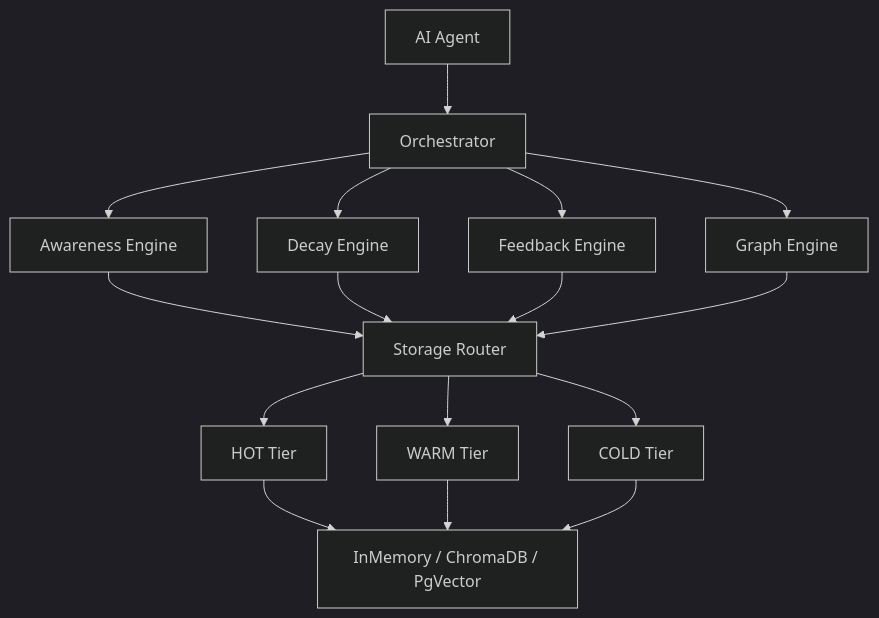
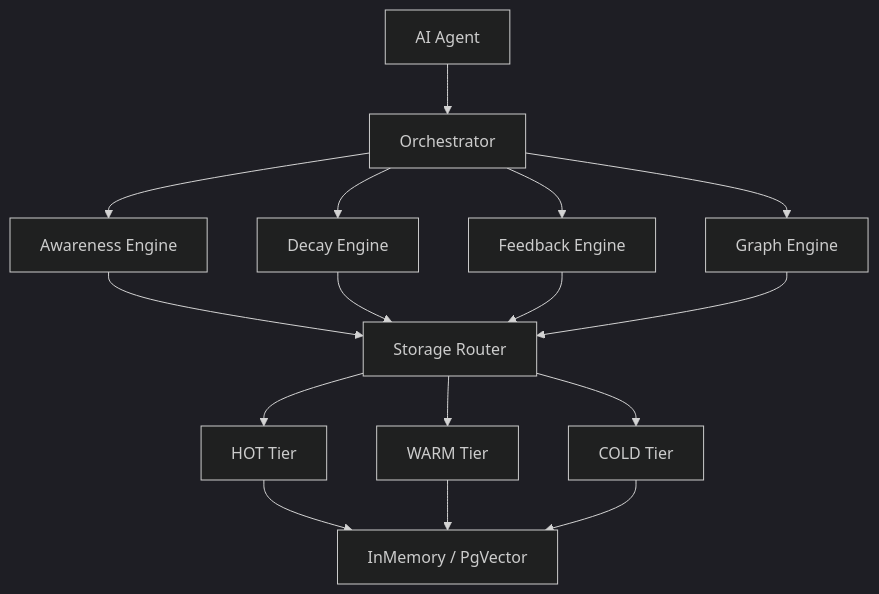
One commit to Oxygen56/memoria changed the diagram in README.md. Above: the diagram before and after it, drawn with Mermaid (dark theme). The commit also changed other lines of this file and 28 other files, not shown here.

````diff
--- a/README.md
+++ b/README.md
@@ -76,22 +77,22 @@
 ```mermaid
 graph TB
     Agent[AI Agent] --> Orchestrator[Orchestrator]
     
     Orchestrator --> Awareness[Awareness Engine]
     Orchestrator --> Decay[Decay Engine]
     Orchestrator --> Feedback[Feedback Engine]
     Orchestrator --> Graph[Graph Engine]
     
     Awareness --> StorageRouter[Storage Router]
     Decay --> StorageRouter
     Feedback --> StorageRouter
     Graph --> StorageRouter
     
     StorageRouter --> HOT[HOT Tier]
     StorageRouter --> WARM[WARM Tier]
     StorageRouter --> COLD[COLD Tier]
     
-    HOT --> Adapter1[InMemory / ChromaDB / PgVector]
+    HOT --> Adapter1[InMemory / PgVector]
     WARM --> Adapter1
     COLD --> Adapter1
 ```
````
